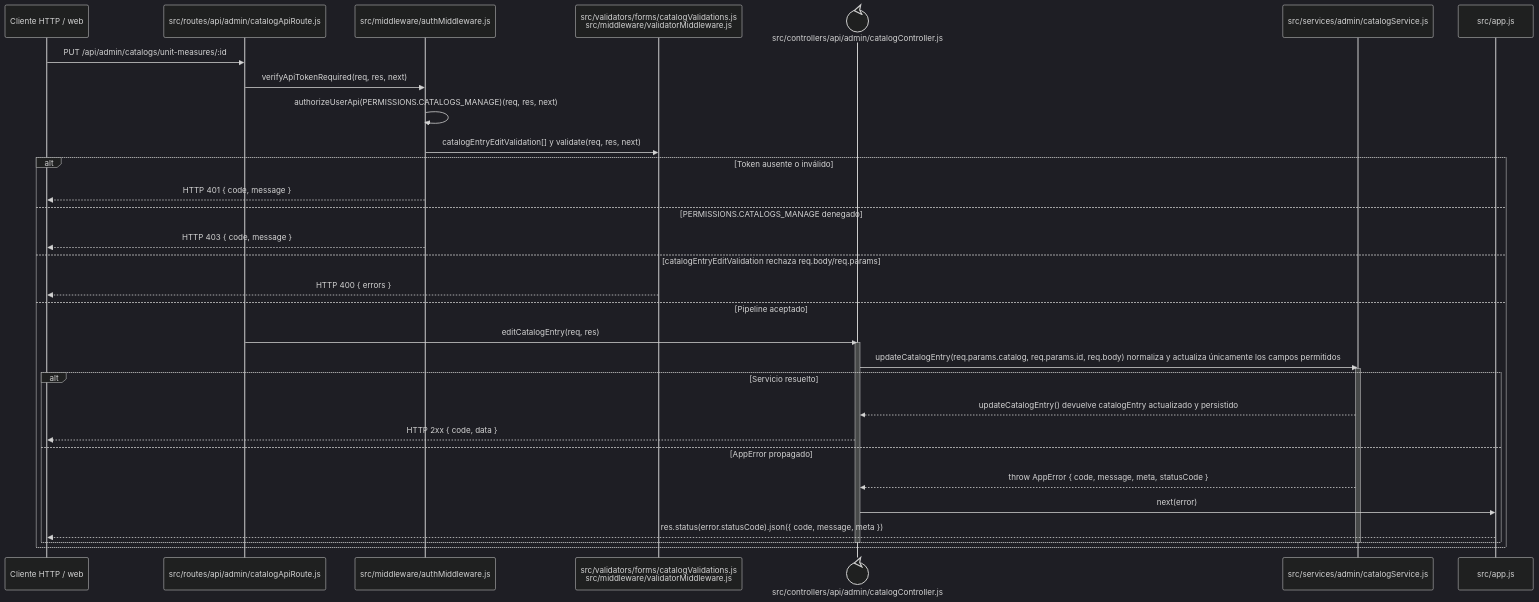
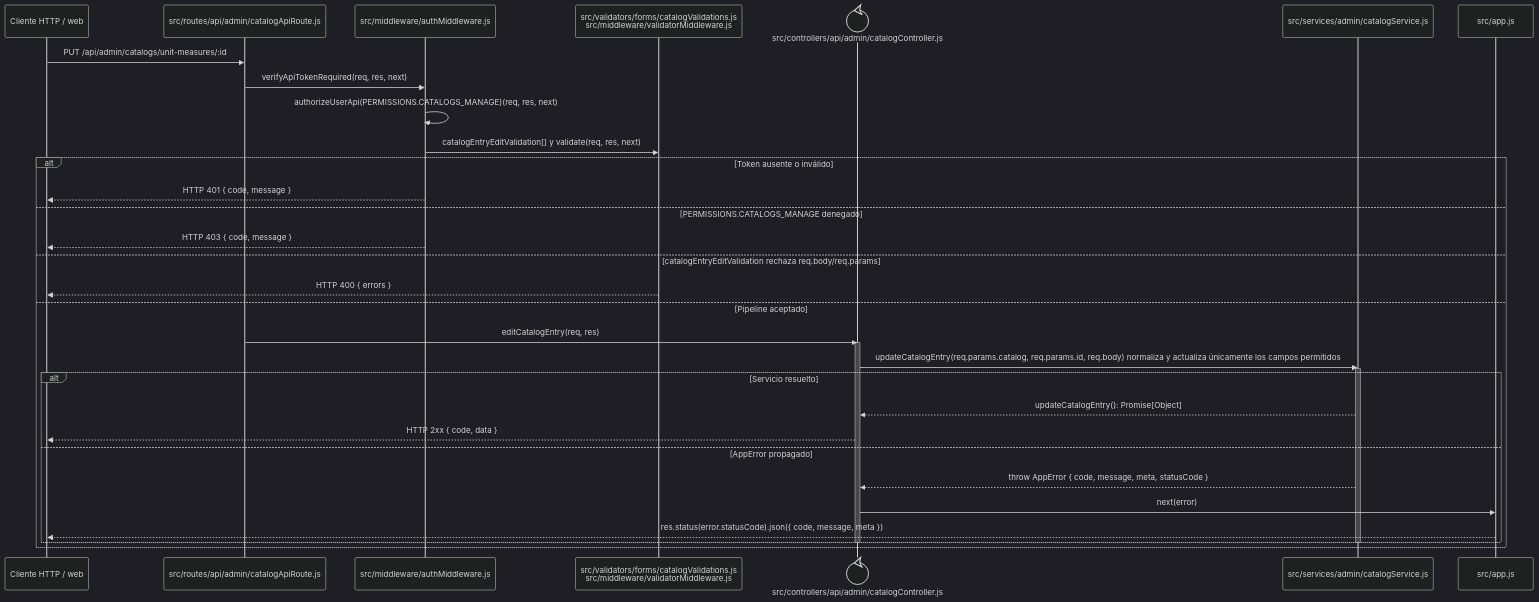
The diagram in docs/architecture/backend-code-sequences/catalogs/cu-cat-20.md (gpgsistemas01/nexus), drawn with Mermaid (dark theme) before and after one commit. The commit also changed 146 other files, not shown here.

````diff
--- a/docs/architecture/backend-code-sequences/catalogs/cu-cat-20.md
+++ b/docs/architecture/backend-code-sequences/catalogs/cu-cat-20.md
@@ -6,37 +6,37 @@
 ```mermaid
 sequenceDiagram
     participant Client as Cliente HTTP / web
     participant Route as src/routes/api/admin/catalogApiRoute.js
     participant Auth as src/middleware/authMiddleware.js
     participant Validator as src/validators/forms/catalogValidations.js<br/>src/middleware/validatorMiddleware.js
     participant Controller@{ "type": "control" } as src/controllers/api/admin/catalogController.js
     participant Domain as src/services/admin/catalogService.js
     participant ErrorHandler as src/app.js
 
     Client->>Route: PUT /api/admin/catalogs/unit-measures/:id
     Route->>Auth: verifyApiTokenRequired(req, res, next)
     Auth->>Auth: authorizeUserApi(PERMISSIONS.CATALOGS_MANAGE)(req, res, next)
     Auth->>Validator: catalogEntryEditValidation[] y validate(req, res, next)
     alt Token ausente o inválido
         Auth-->>Client: HTTP 401 { code, message }
     else PERMISSIONS.CATALOGS_MANAGE denegado
         Auth-->>Client: HTTP 403 { code, message }
     else catalogEntryEditValidation rechaza req.body/req.params
         Validator-->>Client: HTTP 400 { errors }
     else Pipeline aceptado
         Route->>Controller: editCatalogEntry(req, res)
         activate Controller
         Controller->>Domain: updateCatalogEntry(req.params.catalog, req.params.id, req.body) normaliza y actualiza únicamente los campos permitidos
         activate Domain
         alt Servicio resuelto
-            Domain-->>Controller: updateCatalogEntry() devuelve catalogEntry actualizado y persistido
+            Domain-->>Controller: updateCatalogEntry(): Promise[Object]
             Controller-->>Client: HTTP 2xx { code, data }
         else AppError propagado
             Domain-->>Controller: throw AppError { code, message, meta, statusCode }
             Controller->>ErrorHandler: next(error)
             ErrorHandler-->>Client: res.status(error.statusCode).json({ code, message, meta })
         end
         deactivate Domain
         deactivate Controller
     end
 ```
````
